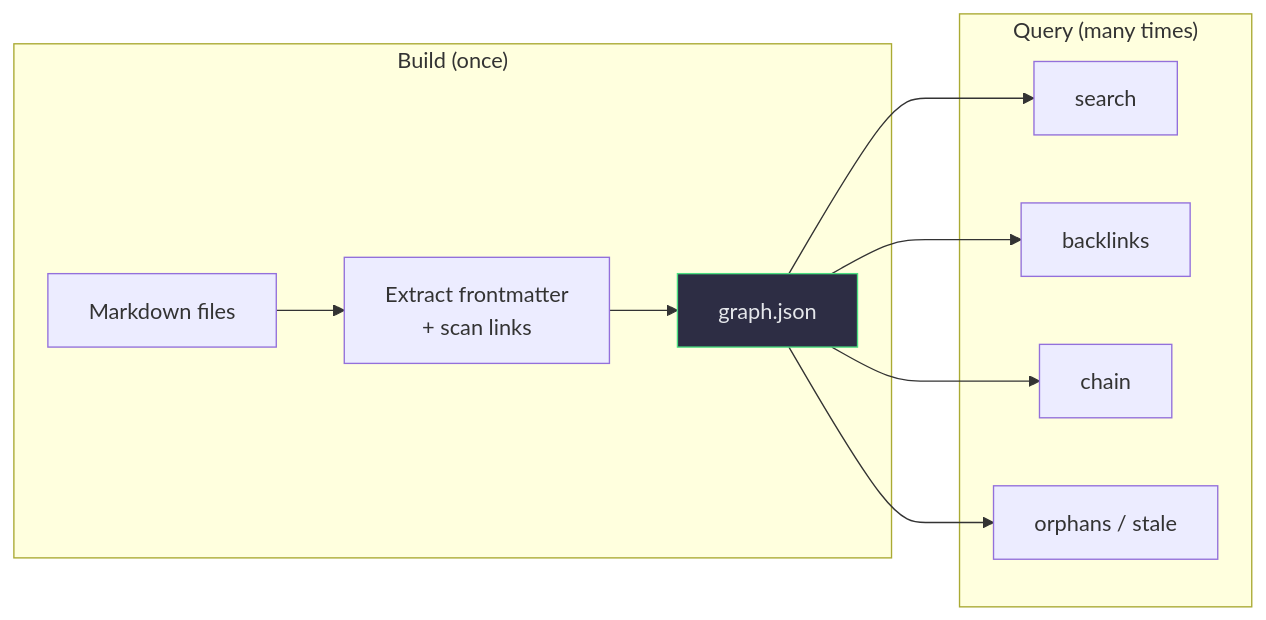
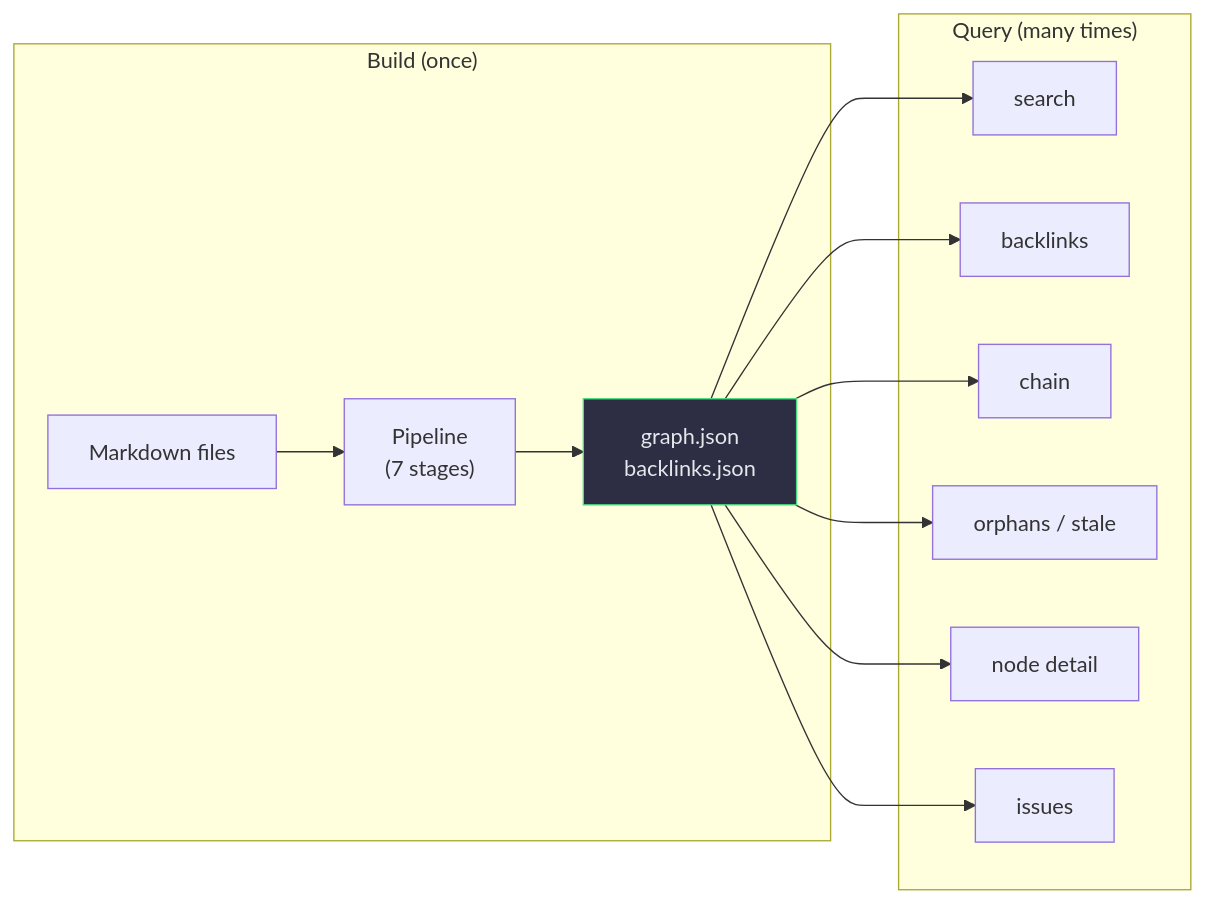
One commit to junyeong-ai/nodex changed the third of 5 diagrams in README.md. Above: the diagram before and after it, drawn with Mermaid. The commit also changed other lines of this file and 1 other file, not shown here.

First line of the commit message:
docs(readme): rewrite for depth with JSON contract and architecture deep-dive

````diff
--- a/README.md
+++ b/README.md
@@ -91,15 +188,17 @@
 ```mermaid
 flowchart LR
     subgraph "Build (once)"
-        A["Markdown files"] --> B["Extract frontmatter<br/>+ scan links"]
-        B --> C["graph.json"]
+        A["Markdown files"] --> B["Pipeline<br/>(7 stages)"]
+        B --> C["graph.json<br/>backlinks.json"]
     end
     subgraph "Query (many times)"
         C --> D["search"]
         C --> E["backlinks"]
         C --> F["chain"]
         C --> G["orphans / stale"]
+        C --> H["node detail"]
+        C --> I["issues"]
     end
 
     style C fill:#2d2d44,color:#e5e7eb,stroke:#4ade80
 ```
````
